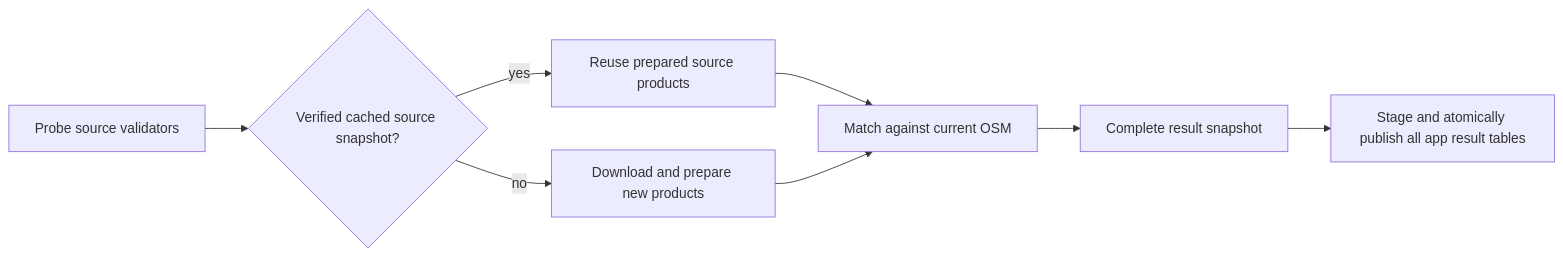
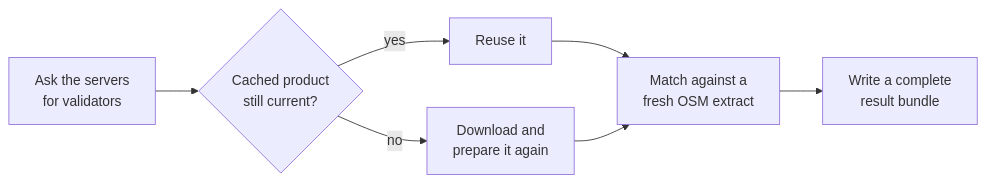
The diagram in documentation/5.1 Atlas-Cached Import Optimization.md (openTdataCH/osm-public-transport-matcher), drawn with Mermaid before and after one commit. The commit also changed other lines of this file and 31 other files, not shown here.

Commit message:
docs: refresh engine guides and result bundle reference

````diff
--- a/documentation/5.1 Atlas-Cached Import Optimization.md
+++ b/documentation/5.1 Atlas-Cached Import Optimization.md
@@ -7,10 +5,9 @@
 ```mermaid
 flowchart LR
-    V[Probe source validators] --> C{Verified cached source snapshot?}
-    C -->|yes| Reuse[Reuse prepared source products]
-    C -->|no| Download[Download and prepare new products]
-    Reuse --> Match[Match against current OSM]
+    V["Ask the servers<br/>for validators"] --> C{"Cached product<br/>still current?"}
+    C -->|"yes"| Reuse["Reuse it"]
+    C -->|"no"| Download["Download and<br/>prepare it again"]
+    Reuse --> Match["Match against a<br/>fresh OSM extract"]
     Download --> Match
-    Match --> Bundle[Complete result snapshot]
-    Bundle --> Stage[Stage and atomically publish all app result tables]
+    Match --> Bundle["Write a complete<br/>result bundle"]
 ```
````
